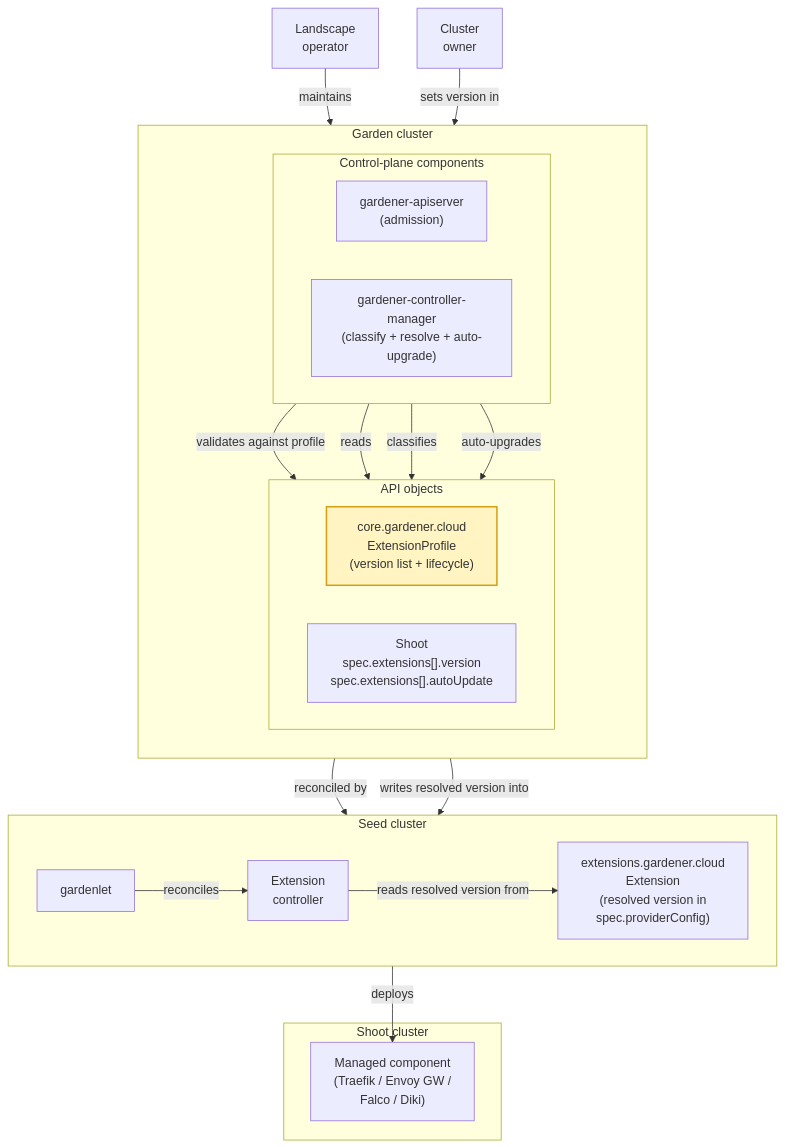
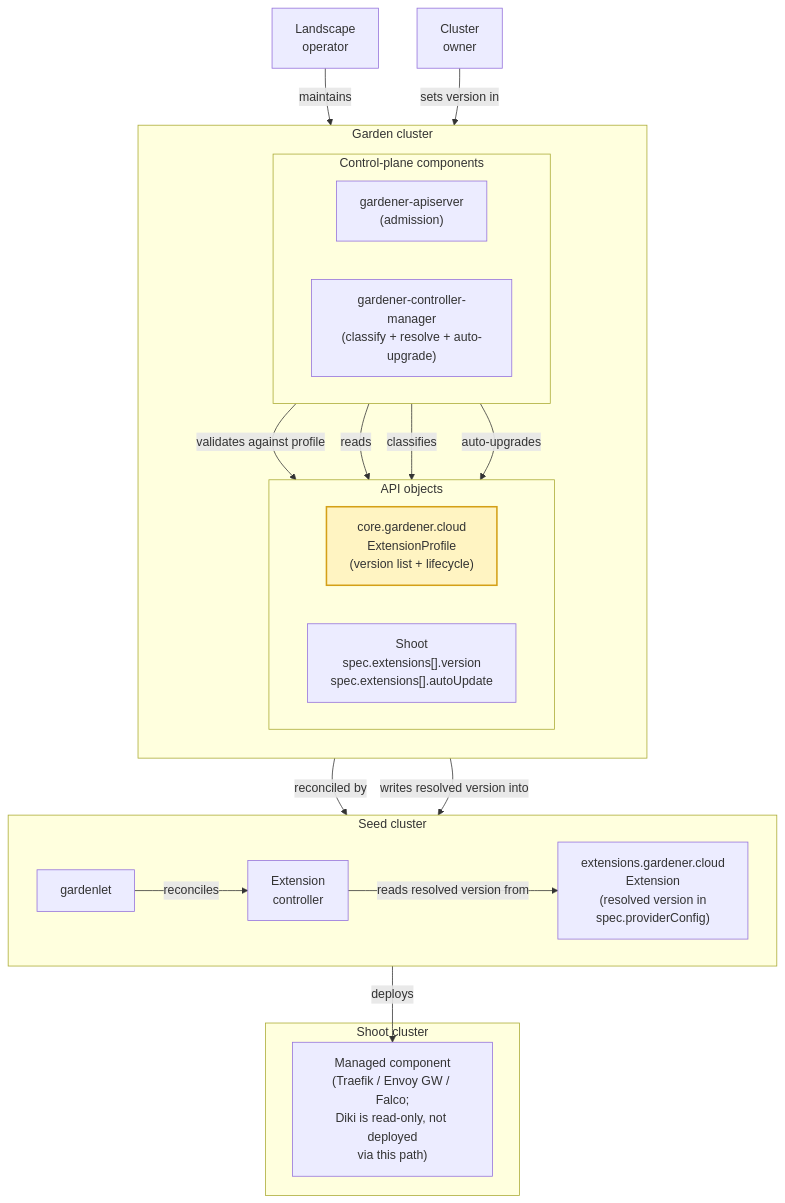
One commit to DockToFuture/enhancements changed the diagram in geps/0078-extension-profile/actors.mmd. Above: the diagram before and after it, drawn with Mermaid. The commit also changed 2 other files, not shown here.

Commit message:
introduce read only flag

```diff
--- a/geps/0078-extension-profile/actors.mmd
+++ b/geps/0078-extension-profile/actors.mmd
@@ -1,56 +1,56 @@
 %%{init: {'theme': 'default', 'themeVariables': {'background': '#ffffff'}}}%%
 flowchart TB
   %% ── Row 1: Actors ─────────────────────────────────────────
   OP["Landscape<br/>operator"]
   OWN["Cluster<br/>owner"]
 
   %% ── Row 2: Garden cluster (API objects, then controllers) ─
   subgraph Garden["Garden cluster"]
     direction TB
     subgraph GardenAPIs["API objects"]
       direction LR
       PROF["core.gardener.cloud<br/>ExtensionProfile<br/>(version list + lifecycle)"]
       SH["Shoot<br/>spec.extensions[].version<br/>spec.extensions[].autoUpdate"]
     end
     subgraph GardenCtrl["Control-plane components"]
       direction LR
       GAPI["gardener-apiserver<br/>(admission)"]
       GCM["gardener-controller-manager<br/>(classify + resolve + auto-upgrade)"]
     end
     GardenAPIs ~~~ GardenCtrl
   end
 
   %% ── Row 3: Seed cluster ───────────────────────────────────
   subgraph Seed["Seed cluster"]
     direction LR
     GL["gardenlet"]
     EXTSEED["extensions.gardener.cloud<br/>Extension<br/>(resolved version in<br/>spec.providerConfig)"]
     EXT["Extension<br/>controller"]
   end
 
   %% ── Row 4: Managed component ──────────────────────────────
   subgraph ShootCluster["Shoot cluster"]
-    PAY["Managed component<br/>(Traefik / Envoy GW /<br/>Falco / Diki)"]
+    PAY["Managed component<br/>(Traefik / Envoy GW / Falco;<br/>Diki is read-only, not deployed<br/>via this path)"]
   end
 
   %% Actor → specific API object (not the whole garden box)
   OP  -- maintains          --> PROF
   OWN -- sets version in       --> SH
 
   %% Admission & classification (arrows flow controllers → APIs
   %% so the layout engine ranks API objects above controllers)
   GAPI -- validates against profile --> SH
   GAPI -- reads                      --> PROF
   GCM  -- classifies                 --> PROF
   GCM  -- auto-upgrades              --> SH
 
   %% Garden → seed → shoot deployment path
   SH   -- reconciled by                 --> GL
   GCM  -- writes resolved version into  --> EXTSEED
   GL   -- reconciles                    --> EXT
   EXT  -- reads resolved version from   --> EXTSEED
   EXT  -- deploys                       --> PAY
 
   %% Highlight where the version list lives
   classDef newResource fill:#fff4c2,stroke:#d4a017,stroke-width:2px;
   class PROF newResource;
```
